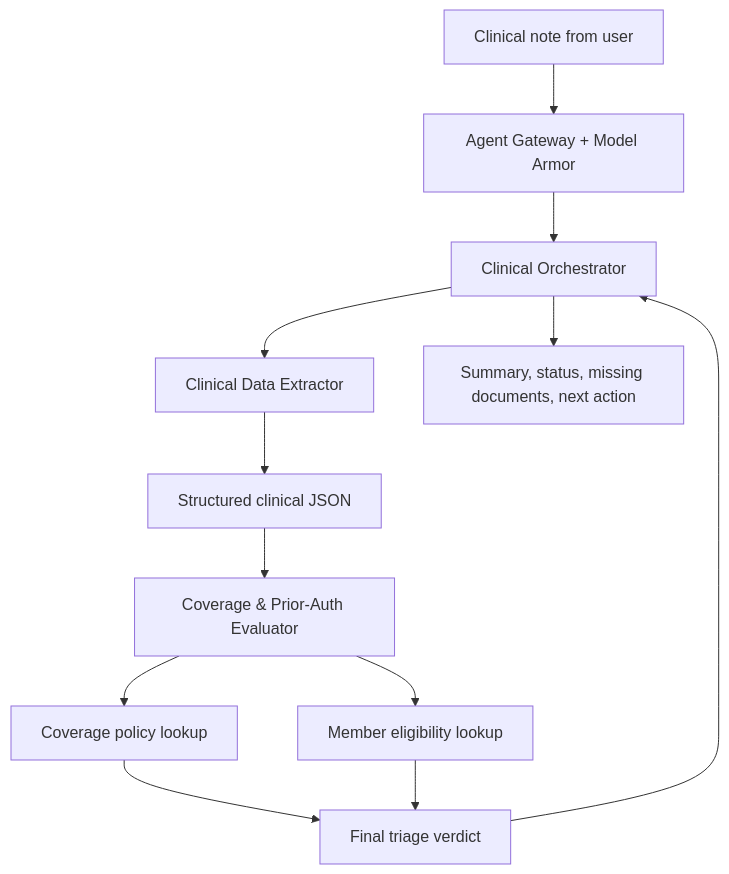
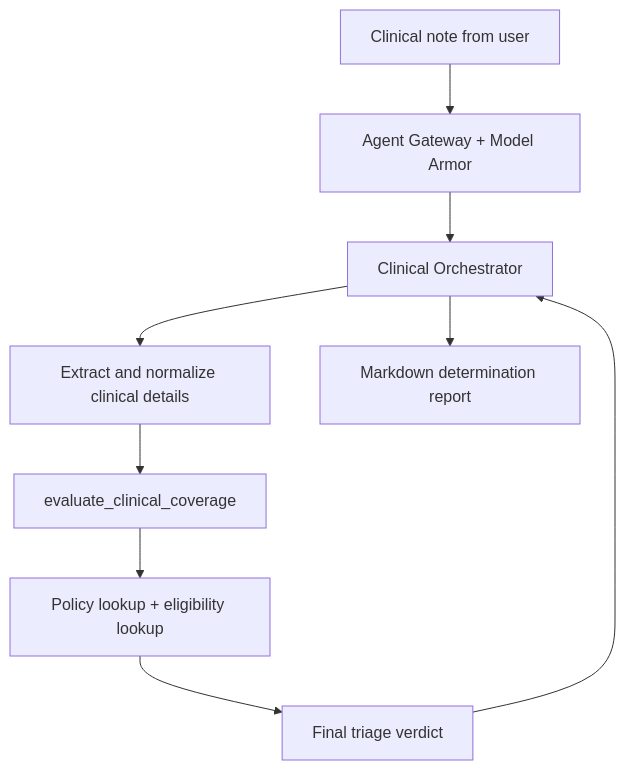
One commit to Nikhil-D3V/healthcare-triage-agent-adk-demo changed the diagram in README.md. Above: the diagram before and after it, drawn with Mermaid. The commit also changed other lines of this file and 4 other files, not shown here.

Commit message:
fix: Gateway 15 second timeout issues solved by making it a single parent based agentic arch with encapsulated tool calling architecture to shorten LLM calls and make the query-response experience much quicker and faster

````diff
--- a/README.md
+++ b/README.md
@@ -7,14 +7,11 @@
 ```mermaid
 flowchart TD
   A[Clinical note from user] --> B[Agent Gateway + Model Armor]
   B --> C[Clinical Orchestrator]
-  C --> D[Clinical Data Extractor]
-  D --> E[Structured clinical JSON]
-  E --> F[Coverage & Prior-Auth Evaluator]
-  F --> G[Coverage policy lookup]
-  F --> H[Member eligibility lookup]
-  G --> I[Final triage verdict]
-  H --> I
-  I --> C
-  C --> J[Summary, status, missing documents, next action]
+  C --> D[Extract and normalize clinical details]
+  D --> E[evaluate_clinical_coverage]
+  E --> F[Policy lookup + eligibility lookup]
+  F --> G[Final triage verdict]
+  G --> C
+  C --> H[Markdown determination report]
 ```
````
